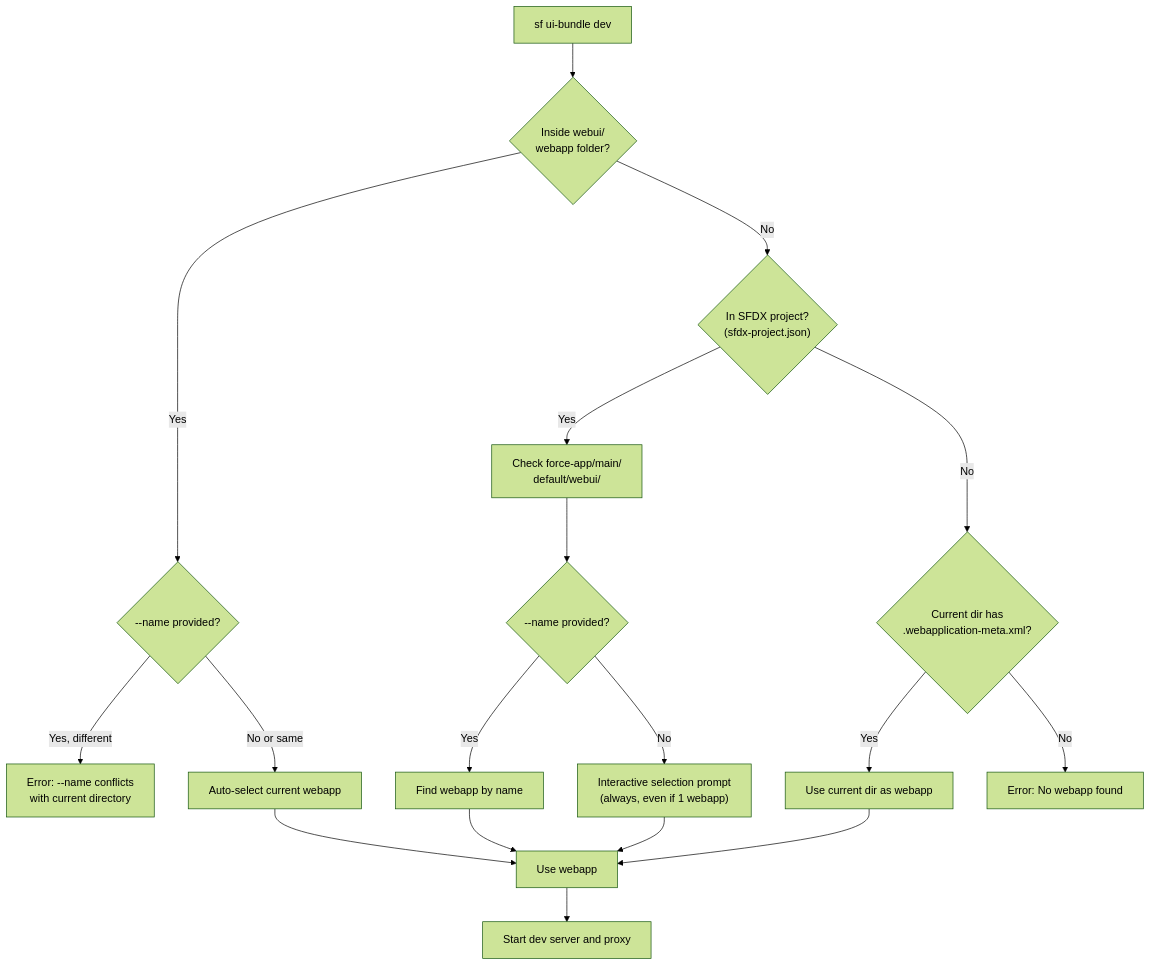
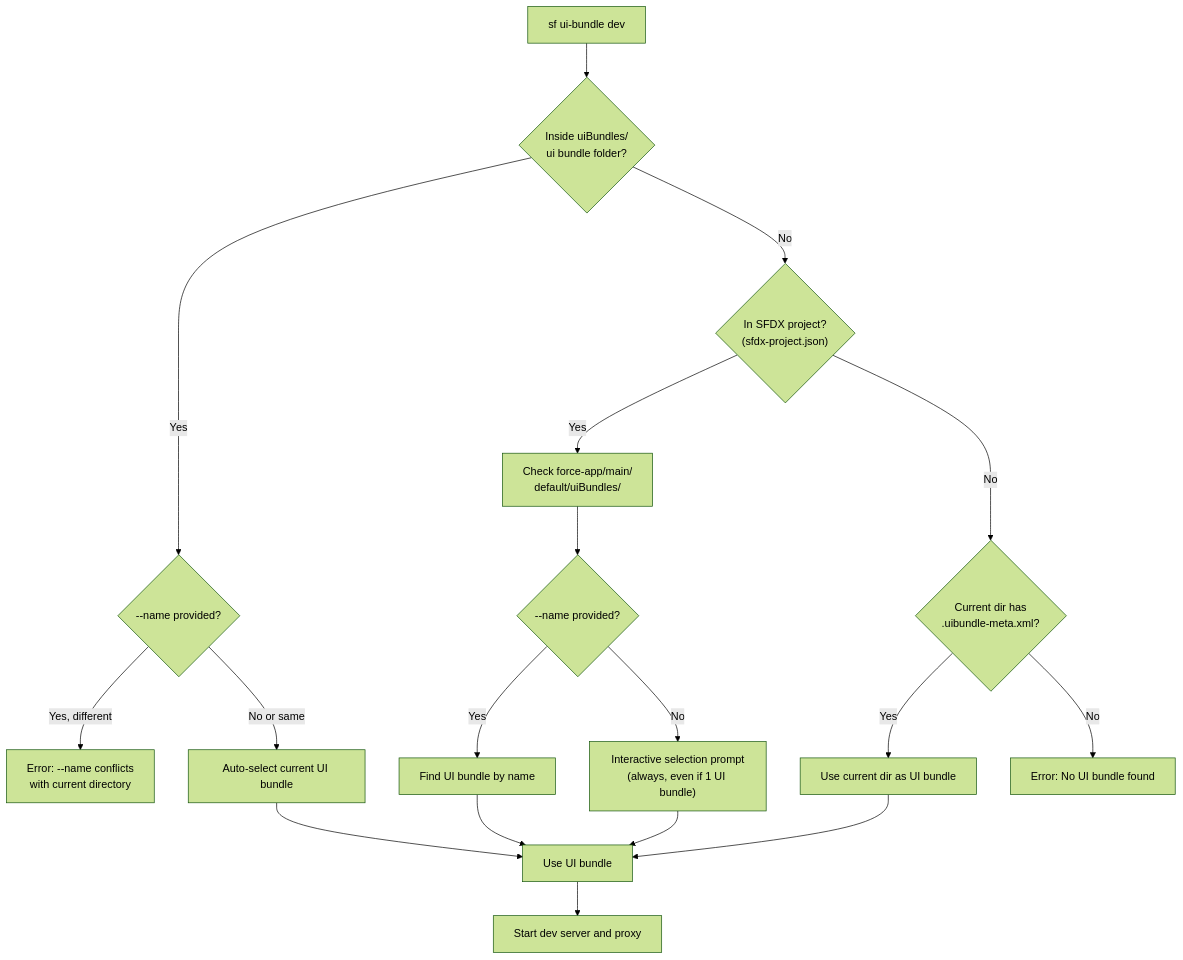
Before and after one commit to salesforcecli/plugin-ui-bundle-dev: the diagram in SF_UI_BUNDLE_DEV_GUIDE.md, drawn with Mermaid (forest theme). The commit also changed other lines of this file and 1 other file, not shown here.

First line of the commit message:
docs: update SF_UI_BUNDLE_DEV_GUIDE with ui-bundle naming

````diff
--- a/SF_UI_BUNDLE_DEV_GUIDE.md
+++ b/SF_UI_BUNDLE_DEV_GUIDE.md
@@ -106,27 +106,27 @@
 ```mermaid
 flowchart TD
-    Start["sf ui-bundle dev"] --> CheckInside{"Inside webui/<br/>webapp folder?"}
+    Start["sf ui-bundle dev"] --> CheckInside{"Inside uiBundles/<br/>ui bundle folder?"}
 
     CheckInside -->|Yes| HasNameInside{"--name provided?"}
     HasNameInside -->|Yes, different| ErrorConflict["Error: --name conflicts<br/>with current directory"]
-    HasNameInside -->|No or same| AutoSelect["Auto-select current webapp"]
+    HasNameInside -->|No or same| AutoSelect["Auto-select current UI bundle"]
 
     CheckInside -->|No| CheckSFDX{"In SFDX project?<br/>(sfdx-project.json)"}
 
-    CheckSFDX -->|Yes| CheckPath["Check force-app/main/<br/>default/webui/"]
+    CheckSFDX -->|Yes| CheckPath["Check force-app/main/<br/>default/uiBundles/"]
     CheckPath --> HasName{"--name provided?"}
 
-    CheckSFDX -->|No| CheckMetaXml{"Current dir has<br/>.webapplication-meta.xml?"}
-    CheckMetaXml -->|Yes| UseStandalone["Use current dir as webapp"]
-    CheckMetaXml -->|No| ErrorNone["Error: No webapp found"]
+    CheckSFDX -->|No| CheckMetaXml{"Current dir has<br/>.uibundle-meta.xml?"}
+    CheckMetaXml -->|Yes| UseStandalone["Use current dir as UI bundle"]
+    CheckMetaXml -->|No| ErrorNone["Error: No UI bundle found"]
 
-    HasName -->|Yes| SearchByName["Find webapp by name"]
-    HasName -->|No| Prompt["Interactive selection prompt<br/>(always, even if 1 webapp)"]
+    HasName -->|Yes| SearchByName["Find UI bundle by name"]
+    HasName -->|No| Prompt["Interactive selection prompt<br/>(always, even if 1 UI bundle)"]
 
-    SearchByName --> UseWebapp["Use webapp"]
-    AutoSelect --> UseWebapp
-    UseStandalone --> UseWebapp
-    Prompt --> UseWebapp
+    SearchByName --> UseBundle["Use UI bundle"]
+    AutoSelect --> UseBundle
+    UseStandalone --> UseBundle
+    Prompt --> UseBundle
 
-    UseWebapp --> StartDev["Start dev server and proxy"]
+    UseBundle --> StartDev["Start dev server and proxy"]
 ```
````
